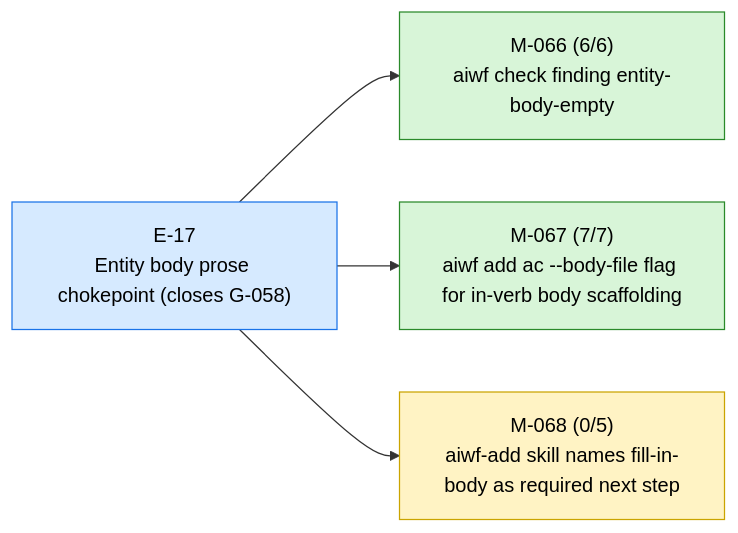
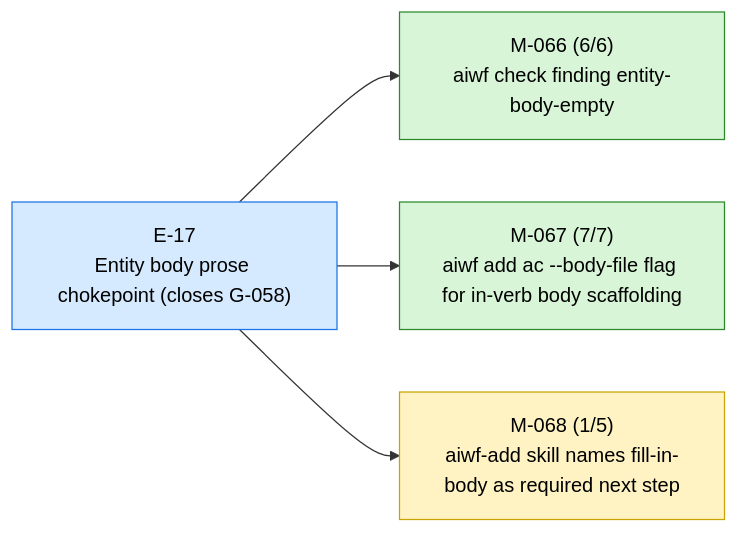
The first of 4 diagrams in STATUS.md (23min/aiwf), drawn with Mermaid before and after one commit. The commit also changed other lines of this file and 1 other file, not shown here.

First line of the commit message:
aiwf promote M-068/AC-1 open -> met

````diff
--- a/STATUS.md
+++ b/STATUS.md
@@ -13,16 +13,16 @@
 ```mermaid
 flowchart LR
   E_17["E-17<br/>Entity body prose chokepoint (closes G-058)"]:::epic_active
   M_066["M-066 (6/6)<br/>aiwf check finding entity-body-empty"]:::ms_done
   E_17 --> M_066
   M_067["M-067 (7/7)<br/>aiwf add ac --body-file flag for in-verb body scaffolding"]:::ms_done
   E_17 --> M_067
-  M_068["M-068 (0/5)<br/>aiwf-add skill names fill-in-body as required next step"]:::ms_in_progress
+  M_068["M-068 (1/5)<br/>aiwf-add skill names fill-in-body as required next step"]:::ms_in_progress
   E_17 --> M_068
   classDef epic_active fill:#d6eaff,stroke:#1a73e8,color:#000
   classDef epic_proposed fill:#f4f4f4,stroke:#888,color:#000
   classDef ms_done fill:#d8f5d8,stroke:#2a8a2a,color:#000
   classDef ms_in_progress fill:#fff3c4,stroke:#caa400,color:#000
   classDef ms_draft fill:#f4f4f4,stroke:#888,color:#000
   classDef ms_cancelled fill:#fbeaea,stroke:#c33,color:#000
 ```
````
